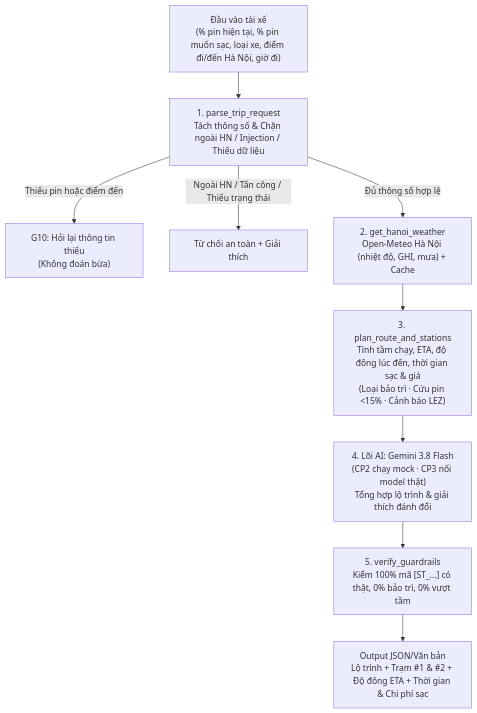
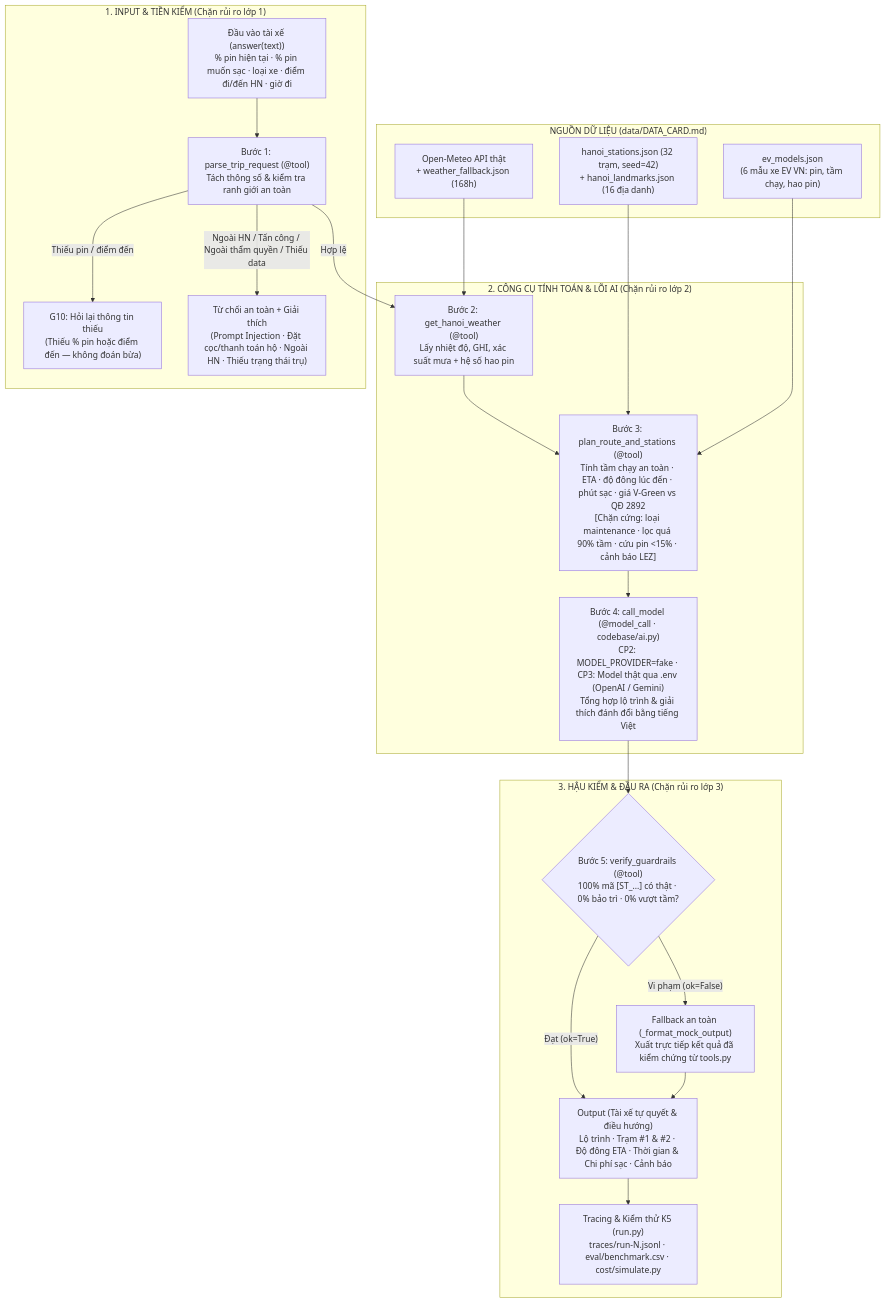
The diagram in spec.md (double-n-021/K5-Day15-L3B-NhungAnhChang3Chan), drawn with Mermaid before and after one commit. The commit also changed other lines of this file and 1 other file, not shown here.

Commit message:
fix: specs and architecture diagrams

````diff
--- a/spec.md
+++ b/spec.md
@@ -55,11 +57,44 @@
 ```mermaid
 flowchart TD
-    U["Đầu vào tài xế<br/>(% pin hiện tại, % pin muốn sạc, loại xe, điểm đi/đến Hà Nội, giờ đi)"] --> T1["1. parse_trip_request<br/>Tách thông số & Chặn ngoài HN / Injection / Thiếu dữ liệu"]
-    T1 -->|Thiếu pin hoặc điểm đến| Q["G10: Hỏi lại thông tin thiếu<br/>(Không đoán bừa)"]
-    T1 -->|Ngoài HN / Tấn công / Thiếu trạng thái| R["Từ chối an toàn + Giải thích"]
-    T1 -->|Đủ thông số hợp lệ| T2["2. get_hanoi_weather<br/>Open-Meteo Hà Nội (nhiệt độ, GHI, mưa) + Cache"]
-    T2 --> T3["3. plan_route_and_stations<br/>Tính tầm chạy, ETA, độ đông lúc đến, thời gian sạc & giá<br/>(Loại bảo trì · Cứu pin <15% · Cảnh báo LEZ)"]
-    T3 --> AI["4. Lõi AI: Gemini 3.8 Flash<br/>(CP2 chạy mock · CP3 nối model thật)<br/>Tổng hợp lộ trình & giải thích đánh đổi"]
-    AI --> T4["5. verify_guardrails<br/>Kiểm 100% mã [ST_...] có thật, 0% bảo trì, 0% vượt tầm"]
-    T4 --> OUT["Output JSON/Văn bản<br/>Lộ trình + Trạm #1 & #2 + Độ đông ETA + Thời gian & Chi phí sạc"]
+    subgraph DATA["NGUỒN DỮ LIỆU (data/DATA_CARD.md)"]
+        D1["Open-Meteo API thật\n+ weather_fallback.json (168h)"]
+        D2["hanoi_stations.json (32 trạm, seed=42)\n+ hanoi_landmarks.json (16 địa danh)"]
+        D3["ev_models.json\n(6 mẫu xe EV VN: pin, tầm chạy, hao pin)"]
+    end
+
+    subgraph INPUT["1. INPUT & TIỀN KIỂM (Chặn rủi ro lớp 1)"]
+        U["Đầu vào tài xế (answer(text))\n% pin hiện tại · % pin muốn sạc · loại xe · điểm đi/đến HN · giờ đi"]
+        T1["Bước 1: parse_trip_request (@tool)\nTách thông số & kiểm tra ranh giới an toàn"]
+        Q["G10: Hỏi lại thông tin thiếu\n(Thiếu % pin hoặc điểm đến — không đoán bừa)"]
+        R["Từ chối an toàn + Giải thích\n(Prompt Injection · Đặt cọc/thanh toán hộ · Ngoài HN · Thiếu trạng thái trụ)"]
+    end
+
+    subgraph CORE["2. CÔNG CỤ TÍNH TOÁN & LÕI AI (Chặn rủi ro lớp 2)"]
+        T2["Bước 2: get_hanoi_weather (@tool)\nLấy nhiệt độ, GHI, xác suất mưa + hệ số hao pin"]
+        T3["Bước 3: plan_route_and_stations (@tool)\nTính tầm chạy an toàn · ETA · độ đông lúc đến · phút sạc · giá V-Green vs QĐ 2892\n[Chặn cứng: loại maintenance · lọc quá 90% tầm · cứu pin <15% · cảnh báo LEZ]"]
+        AI["Bước 4: call_model (@model_call · codebase/ai.py)\nCP2: MODEL_PROVIDER=fake · CP3: Model thật qua .env (OpenAI / Gemini)\nTổng hợp lộ trình & giải thích đánh đổi bằng tiếng Việt"]
+    end
+
+    subgraph GUARD["3. HẬU KIỂM & ĐẦU RA (Chặn rủi ro lớp 3)"]
+        T4{"Bước 5: verify_guardrails (@tool)\n100% mã [ST_...] có thật · 0% bảo trì · 0% vượt tầm?"}
+        FB["Fallback an toàn (_format_mock_output)\nXuất trực tiếp kết quả đã kiểm chứng từ tools.py"]
+        OUT["Output (Tài xế tự quyết & điều hướng)\nLộ trình · Trạm #1 & #2 · Độ đông ETA · Thời gian & Chi phí sạc · Cảnh báo"]
+        HARNESS["Tracing & Kiểm thử K5 (run.py)\ntraces/run-N.jsonl · eval/benchmark.csv · cost/simulate.py"]
+    end
+
+    U --> T1
+    T1 -->|"Thiếu pin / điểm đến"| Q
+    T1 -->|"Ngoài HN / Tấn công / Ngoài thẩm quyền / Thiếu data"| R
+    T1 -->|"Hợp lệ"| T2
+
+    D1 --> T2
+    T2 --> T3
+    D2 --> T3
+    D3 --> T3
+
+    T3 --> AI
+    AI --> T4
+    T4 -->|"Đạt (ok=True)"| OUT
+    T4 -->|"Vi phạm (ok=False)"| FB --> OUT
+    OUT --> HARNESS
 ```
````
